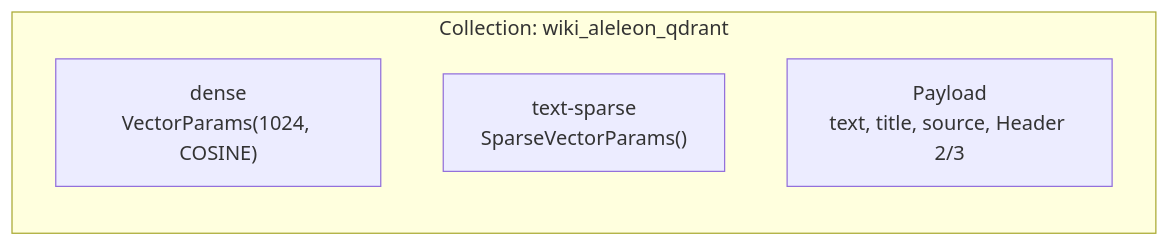
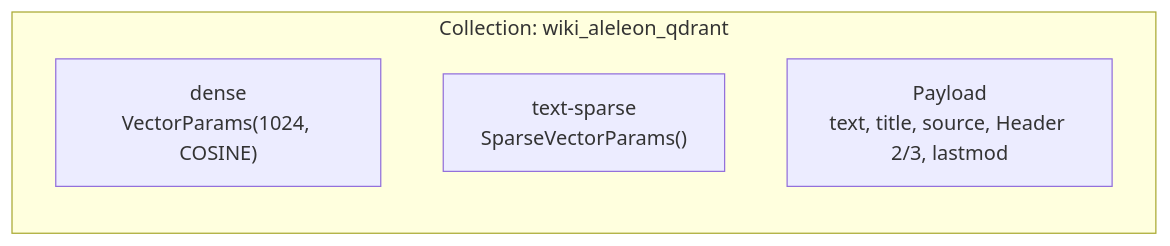
The seventh of 13 diagrams in docs/MICROSERVICES_ARCHITECTURE.md (kristonova/rag-for-l1-aleleon-hpc-support), drawn with Mermaid before and after one commit. The commit also changed other lines of this file, not shown here.

Commit message:
docs: add microservices architecture documentation and archive rag_slurm_vllm.py script

````diff
--- a/docs/MICROSERVICES_ARCHITECTURE.md
+++ b/docs/MICROSERVICES_ARCHITECTURE.md
@@ -234,8 +304,8 @@
 ```mermaid
 graph LR
     subgraph "Collection: wiki_aleleon_qdrant"
         D["dense<br/>VectorParams(1024, COSINE)"]
         S["text-sparse<br/>SparseVectorParams()"]
-        P["Payload<br/>text, title, source, Header 2/3"]
+        P["Payload<br/>text, title, source, Header 2/3, lastmod"]
     end
 ```
````
